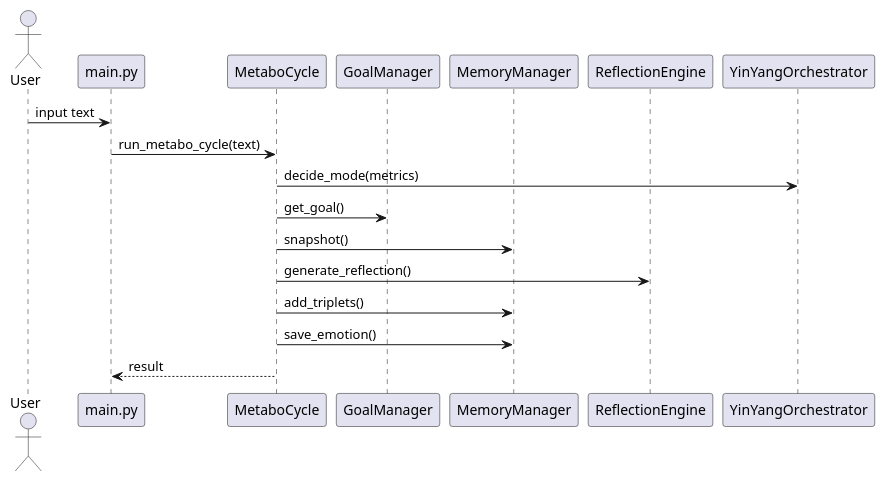
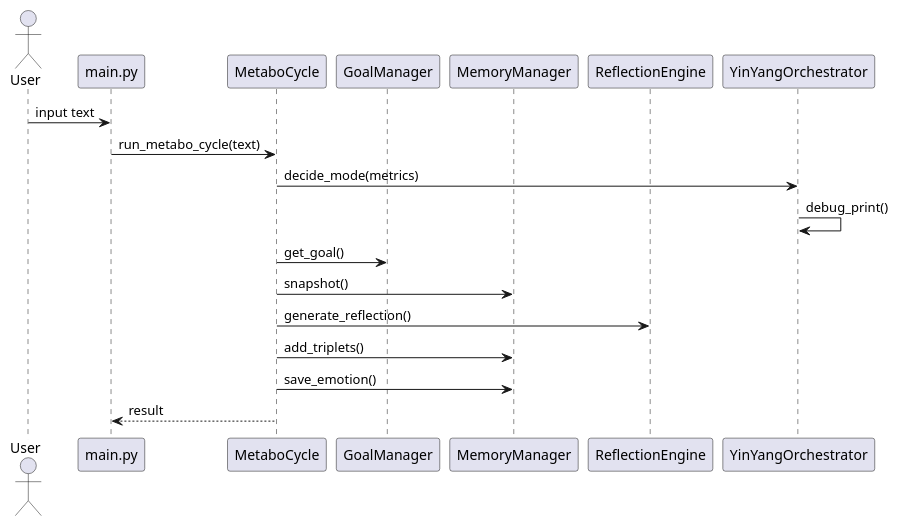
The diagram in doc/diagrams/sequence_diagram.puml (marcusreimold/MetaboMind), drawn with PlantUML before and after one commit. The commit also changed 4 other files, not shown here.

Commit message:
Enhance yin-yang decision logic (#61)

```diff
--- a/doc/diagrams/sequence_diagram.puml
+++ b/doc/diagrams/sequence_diagram.puml
@@ -1,18 +1,19 @@
 @startuml
 actor User
 participant "main.py" as Main
 participant MetaboCycle
 participant GoalManager
 participant MemoryManager
 participant ReflectionEngine
 participant YinYangOrchestrator
 User -> Main: input text
 Main -> MetaboCycle: run_metabo_cycle(text)
 MetaboCycle -> YinYangOrchestrator: decide_mode(metrics)
+YinYangOrchestrator -> YinYangOrchestrator: debug_print()
 MetaboCycle -> GoalManager: get_goal()
 MetaboCycle -> MemoryManager: snapshot()
 MetaboCycle -> ReflectionEngine: generate_reflection()
 MetaboCycle -> MemoryManager: add_triplets()
 MetaboCycle -> MemoryManager: save_emotion()
 MetaboCycle --> Main: result
 @enduml
```
